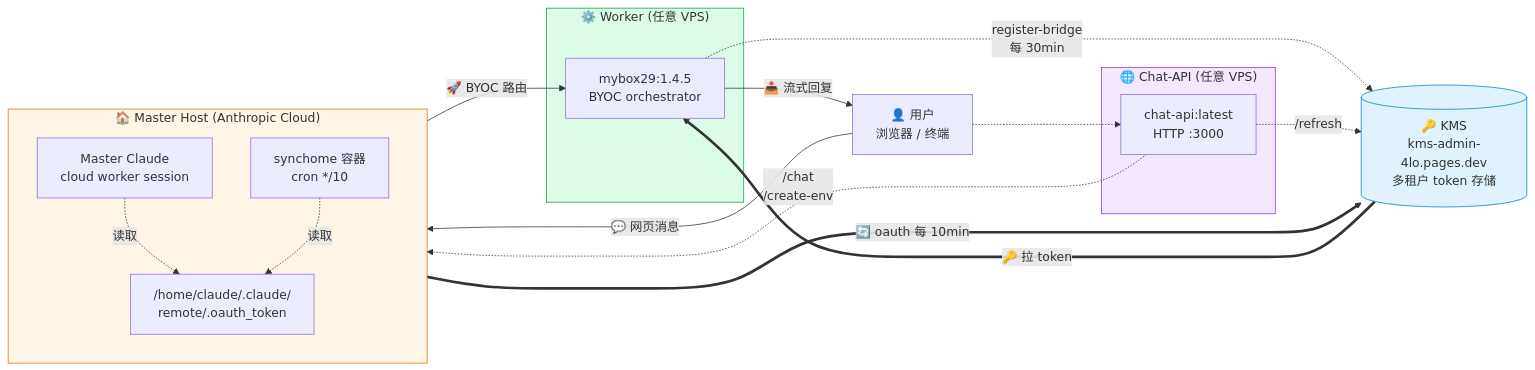
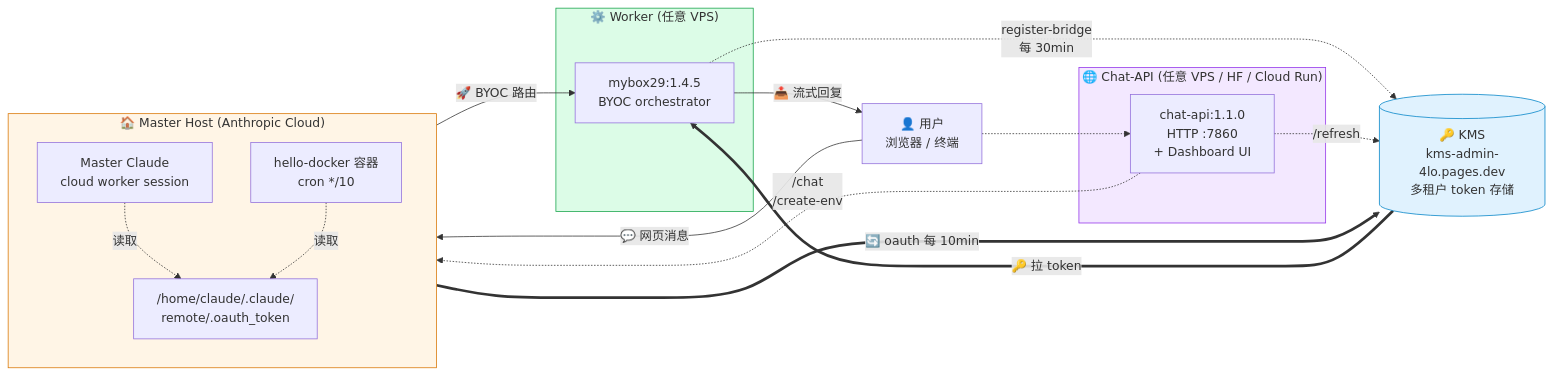
Before and after one commit to ziren28/mybox29: the first of 3 diagrams in README.md, drawn with Mermaid. The commit also changed other lines of this file, not shown here.

First line of the commit message:
docs: 更新 README — chat-api 1.1.0 / Dashboard / 无状态 / hello-docker / 端口 7860

````diff
--- a/README.md
+++ b/README.md
@@ -20,44 +20,44 @@
 ```mermaid
 flowchart LR
     user["👤 用户<br/>浏览器 / 终端"]
 
     subgraph master ["🏠 Master Host (Anthropic Cloud)"]
         direction TB
         mc["Master Claude<br/>cloud worker session"]
-        sh["synchome 容器<br/>cron */10"]
+        sh["hello-docker 容器<br/>cron */10"]
         oauth["/home/claude/.claude/<br/>remote/.oauth_token"]
         mc -.读取.-> oauth
         sh -.读取.-> oauth
     end
 
     kms[("🔑 KMS<br/>kms-admin-4lo.pages.dev<br/>多租户 token 存储")]
 
     subgraph worker ["⚙️ Worker (任意 VPS)"]
         wk["mybox29:1.4.5<br/>BYOC orchestrator"]
     end
 
-    subgraph api ["🌐 Chat-API (任意 VPS)"]
-        ca["chat-api:latest<br/>HTTP :3000"]
+    subgraph api ["🌐 Chat-API (任意 VPS / HF / Cloud Run)"]
+        ca["chat-api:1.1.0<br/>HTTP :7860<br/>+ Dashboard UI"]
     end
 
     user -- "💬 网页消息" --> mc
     mc -- "🚀 BYOC 路由" --> wk
     wk -- "📤 流式回复" --> user
 
     sh == "🔄 oauth 每 10min" ==> kms
     kms == "🔑 拉 token" ==> wk
     wk -. "register-bridge<br/>每 30min" .-> kms
 
     user -.-> ca
     ca -. "/chat<br/>/create-env" .-> mc
     ca -. "/refresh" .-> kms
 
     classDef anthropic fill:#fff5e6,stroke:#d97706
     classDef storage   fill:#e0f2fe,stroke:#0284c7
     classDef compute   fill:#dcfce7,stroke:#16a34a
     classDef service   fill:#f3e8ff,stroke:#9333ea
     class master anthropic
     class kms storage
     class worker compute
     class api service
 ```
````
